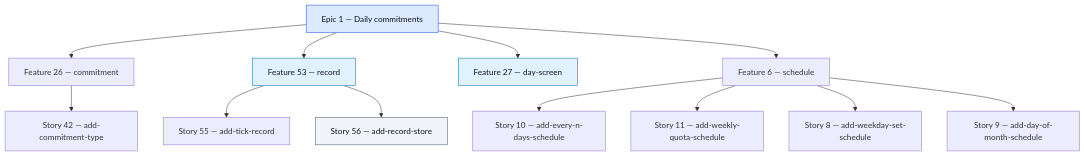
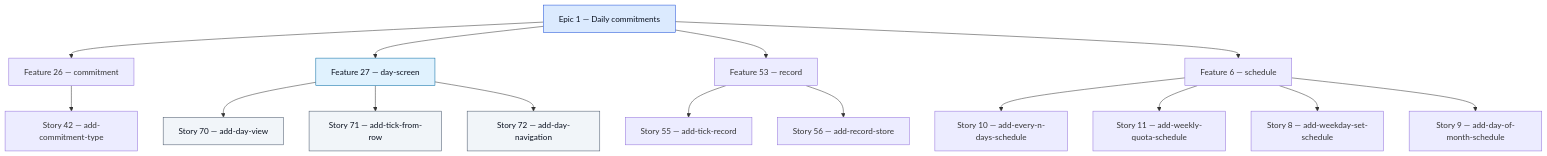
The diagram in docs/graph.mmd (dbugmann-labs/daybyday), drawn with Mermaid before and after one commit.

Commit message:
chore: regenerate the issue graph (#76)

```diff
--- a/docs/graph.mmd
+++ b/docs/graph.mmd
@@ -1,51 +1,60 @@
 %% GENERATED FILE — do not edit. Run `pnpm run graph` to refresh.
 %% A read-only projection of the Epic → Feature → Story hierarchy in GitHub Issues.
 %% GitHub owns this state; this file only shows it (docs/adr/0002-systems-of-record.md).
 %% Green border: closed. Amber border: every child is closed, so this one is ready to close.
 %% Dashed red border: typed but no parent — a broken tracker edge.
 
 flowchart TD
   classDef epic fill:#dbeafe,stroke:#1d4ed8,color:#0b1220
   classDef feature fill:#e0f2fe,stroke:#0369a1,color:#0b1220
   classDef story fill:#f1f5f9,stroke:#475569,color:#0b1220
   classDef done stroke:#15803d,stroke-width:2px
   classDef settled stroke:#b45309,stroke-width:2px
   classDef orphan stroke:#b91c1c,stroke-width:3px,stroke-dasharray:4 3
 
   I1["Epic 1 — Daily commitments"]
   I6["Feature 6 — schedule"]
   I8["Story 8 — add-weekday-set-schedule"]
   I9["Story 9 — add-day-of-month-schedule"]
   I10["Story 10 — add-every-n-days-schedule"]
   I11["Story 11 — add-weekly-quota-schedule"]
   I26["Feature 26 — commitment"]
   I27["Feature 27 — day-screen"]
   I42["Story 42 — add-commitment-type"]
   I53["Feature 53 — record"]
   I55["Story 55 — add-tick-record"]
   I56["Story 56 — add-record-store"]
+  I70["Story 70 — add-day-view"]
+  I71["Story 71 — add-tick-from-row"]
+  I72["Story 72 — add-day-navigation"]
 
   I1 --> I26
   I1 --> I27
   I1 --> I53
   I1 --> I6
   I26 --> I42
+  I27 --> I70
+  I27 --> I71
+  I27 --> I72
   I53 --> I55
   I53 --> I56
   I6 --> I10
   I6 --> I11
   I6 --> I8
   I6 --> I9
 
   class I1 epic
   class I6 feature,done
   class I8 story,done
   class I9 story,done
   class I10 story,done
   class I11 story,done
   class I26 feature,done
   class I27 feature
   class I42 story,done
-  class I53 feature
+  class I53 feature,done
   class I55 story,done
-  class I56 story
+  class I56 story,done
+  class I70 story
+  class I71 story
+  class I72 story
```
